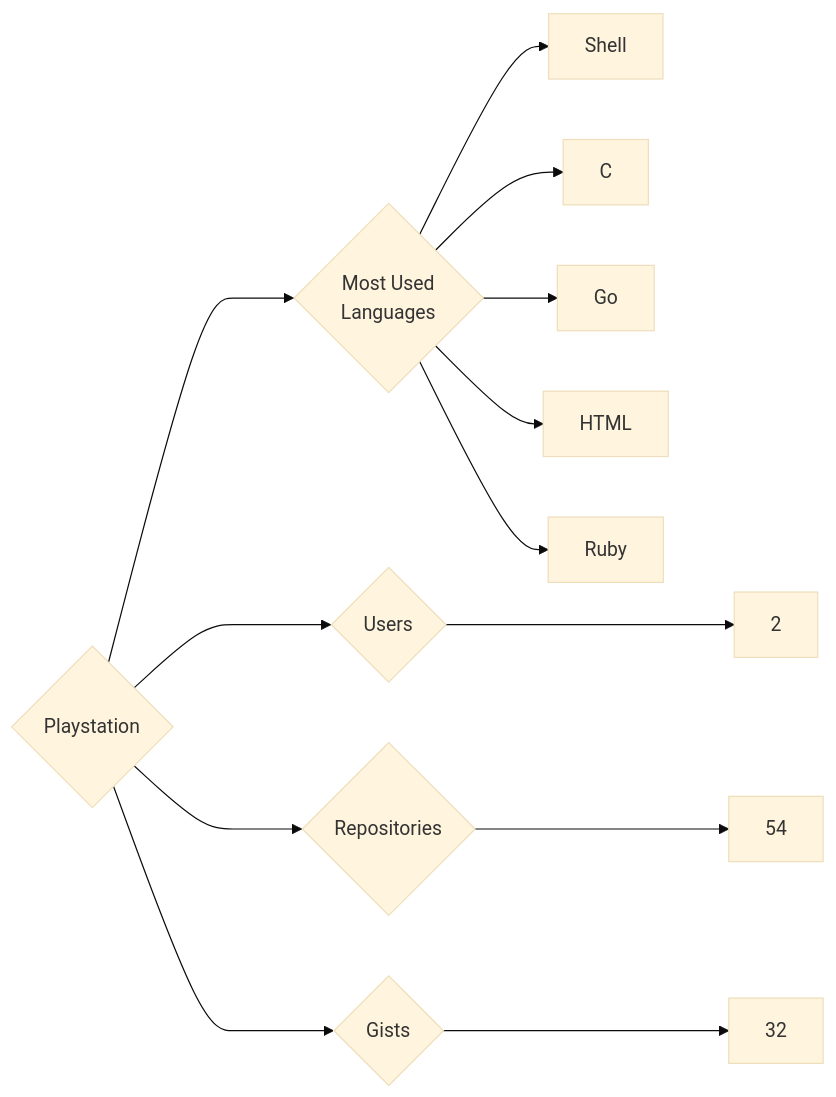
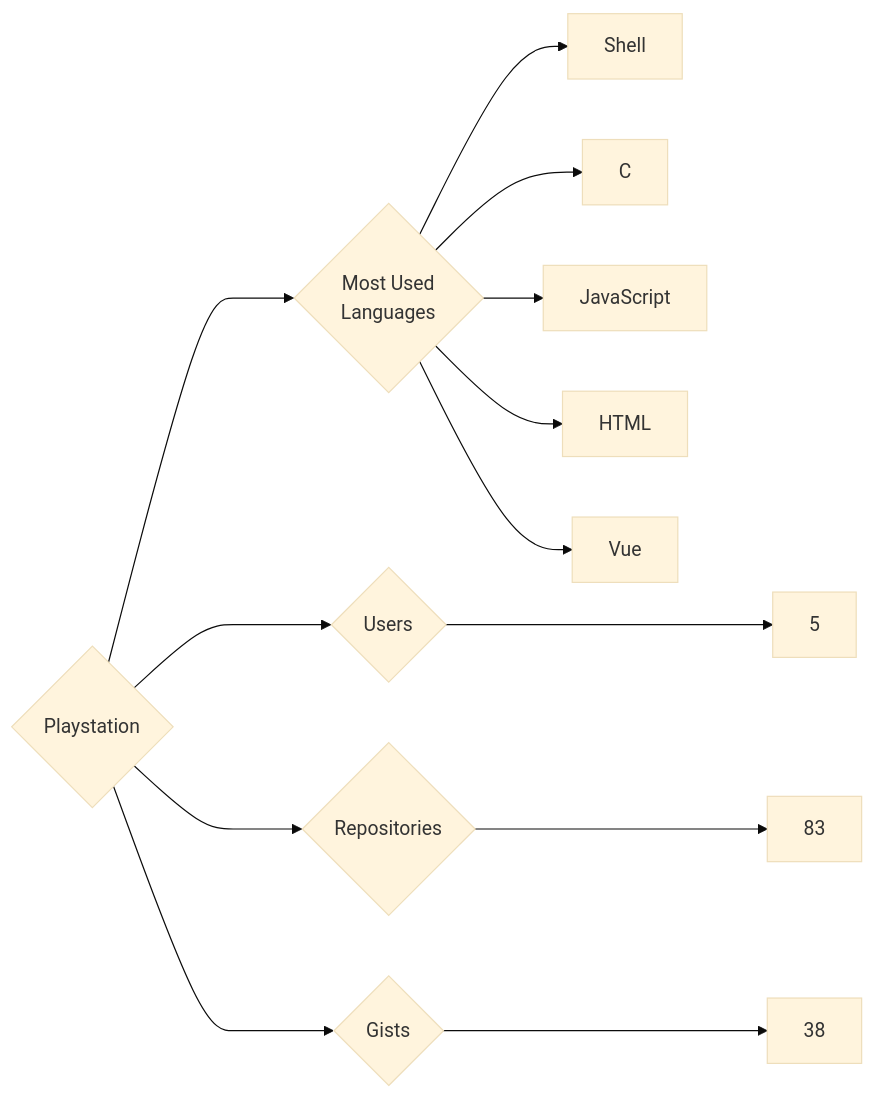
One commit to trickest/insiders changed the diagram in targets/Playstation/README.md. Above: the diagram before and after it, drawn with Mermaid (base theme). The commit also changed 797 other files, not shown here.

````diff
--- a/targets/Playstation/README.md
+++ b/targets/Playstation/README.md
@@ -3,13 +3,13 @@
 ```mermaid
 graph LR
 COMPANY_NAME{Playstation}
-COMPANY_NAME ---> U{Users} ---> UN[2]
-COMPANY_NAME ---> R{Repositories} ---> RN[54]
-COMPANY_NAME ---> G{Gists} ---> GN[32]
+COMPANY_NAME ---> U{Users} ---> UN[5]
+COMPANY_NAME ---> R{Repositories} ---> RN[83]
+COMPANY_NAME ---> G{Gists} ---> GN[38]
 COMPANY_NAME ---> ML{Most Used<br>Languages}
 ML --> Shell[Shell]
 ML --> C[C]
-ML --> Go[Go]
+ML --> JavaScript[JavaScript]
 ML --> HTML[HTML]
-ML --> Ruby[Ruby]
+ML --> Vue[Vue]
 ```
````
